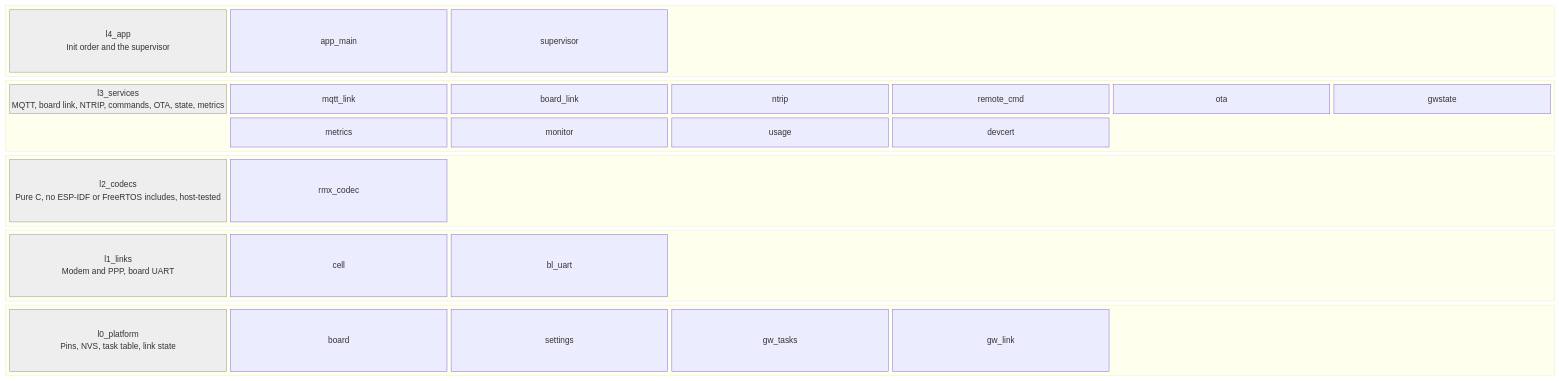
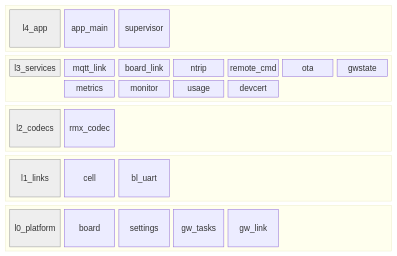
One commit to jRmx0/esp-architecture changed the fourth of 4 diagrams in examples/gateway/diagrams.md. Above: the diagram before and after it, drawn with Mermaid. The commit also changed other lines of this file and 1 other file, not shown here.

Commit message:
Keep layer descriptions out of the layering grid
Every block-beta column is as wide as its widest cell, so long layer
titles shrank the whole diagram. Titles show the id; a table below
holds the descriptions.

````diff
--- a/examples/gateway/diagrams.md
+++ b/examples/gateway/diagrams.md
@@ -153,63 +153,63 @@
 ```mermaid
 block-beta
   columns 1
   block:r_l4_app
     columns 7
-    t_l4_app["l4_app<br/>Init order and the supervisor"]
+    t_l4_app["l4_app"]
     n_app_main["app_main"]
     n_supervisor["supervisor"]
     space
     space
     space
     space
   end
   block:r_l3_services
     columns 7
-    t_l3_services["l3_services<br/>MQTT, board link, NTRIP, commands, OTA, state, metrics"]
+    t_l3_services["l3_services"]
     n_mqtt_link["mqtt_link"]
     n_board_link["board_link"]
     n_ntrip["ntrip"]
     n_remote_cmd["remote_cmd"]
     n_ota["ota"]
     n_gwstate["gwstate"]
     space
     n_metrics["metrics"]
     n_monitor["monitor"]
     n_usage["usage"]
     n_devcert["devcert"]
     space
     space
   end
   block:r_l2_codecs
     columns 7
-    t_l2_codecs["l2_codecs<br/>Pure C, no ESP-IDF or FreeRTOS includes, host-tested"]
+    t_l2_codecs["l2_codecs"]
     n_rmx_codec["rmx_codec"]
     space
     space
     space
     space
     space
   end
   block:r_l1_links
     columns 7
-    t_l1_links["l1_links<br/>Modem and PPP, board UART"]
+    t_l1_links["l1_links"]
     n_cell["cell"]
     n_bl_uart["bl_uart"]
     space
     space
     space
     space
   end
   block:r_l0_platform
     columns 7
-    t_l0_platform["l0_platform<br/>Pins, NVS, task table, link state"]
+    t_l0_platform["l0_platform"]
     n_board["board"]
     n_settings["settings"]
     n_gw_tasks["gw_tasks"]
     n_gw_link["gw_link"]
     space
     space
   end
   classDef title fill:#eee,stroke:#999
   class t_l4_app,t_l3_services,t_l2_codecs,t_l1_links,t_l0_platform title
 ```
````
